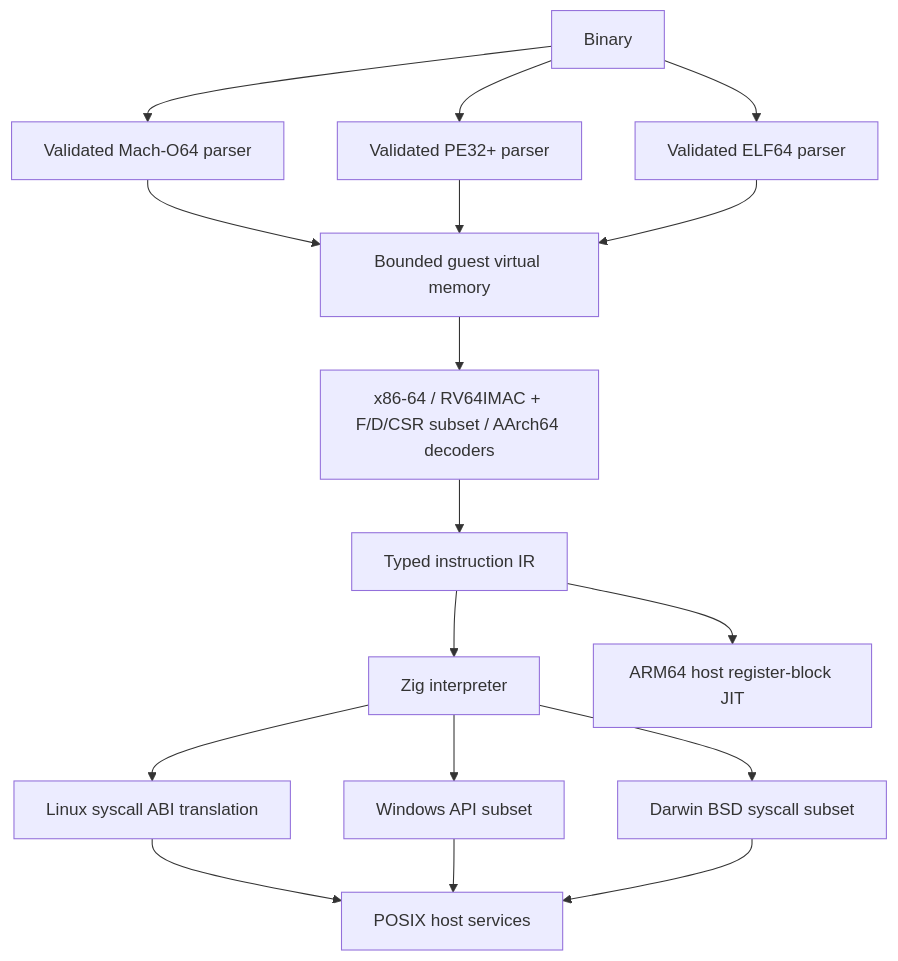
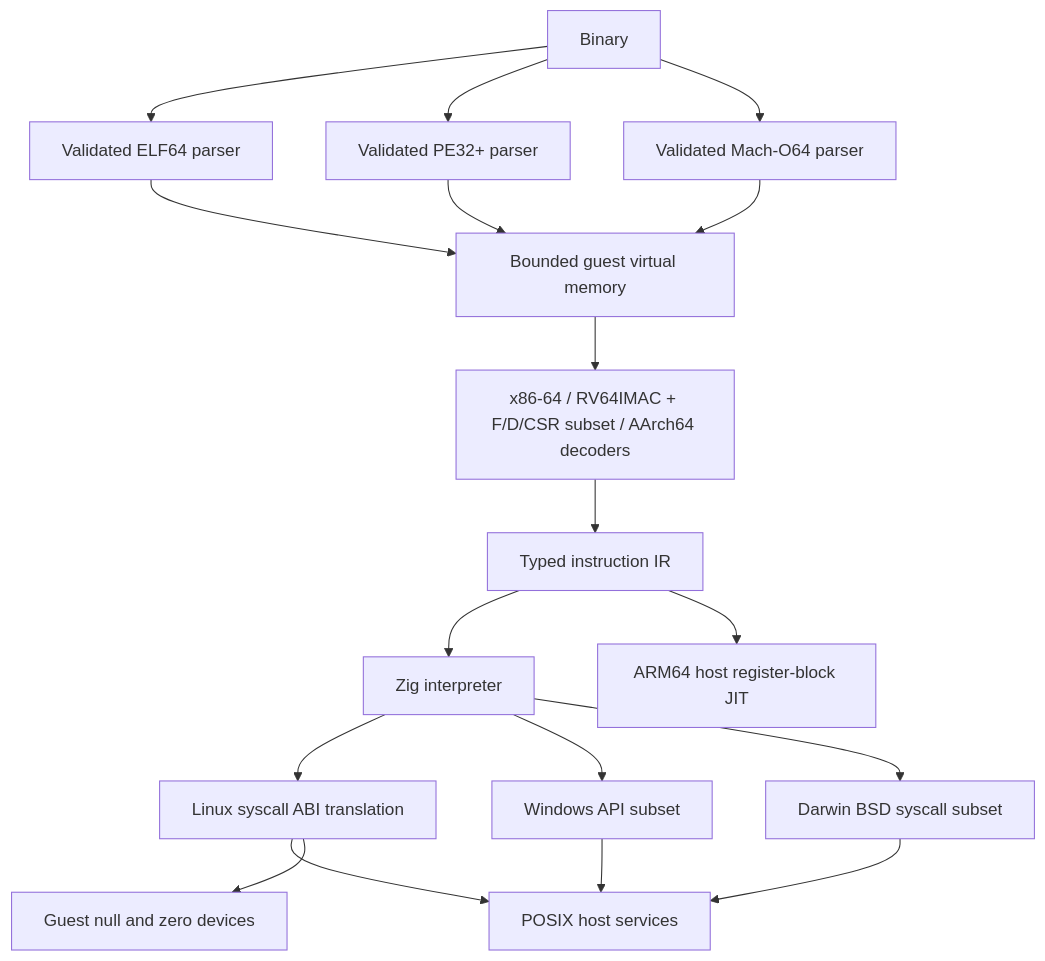
The diagram in docs/architecture.md (OthmaneBlial/universe), drawn with Mermaid before and after one commit. The commit also changed other lines of this file and 9 other files, not shown here.

````diff
--- a/docs/architecture.md
+++ b/docs/architecture.md
@@ -6,19 +6,20 @@
 ```mermaid
 flowchart TD
     Binary --> ELF[Validated ELF64 parser]
     Binary --> PE[Validated PE32+ parser]
     Binary --> MachO[Validated Mach-O64 parser]
     MachO --> Memory
     PE --> Memory
     ELF --> Memory[Bounded guest virtual memory]
     Memory --> Decode[x86-64 / RV64IMAC + F/D/CSR subset / AArch64 decoders]
     Decode --> UIR[Typed instruction IR]
     UIR --> Interpreter[Zig interpreter]
     UIR --> JIT[ARM64 host register-block JIT]
     Interpreter --> Linux[Linux syscall ABI translation]
     Linux --> Host[POSIX host services]
+    Linux --> Devices[Guest null and zero devices]
     Interpreter --> Windows[Windows API subset]
     Windows --> Host
     Interpreter --> Darwin[Darwin BSD syscall subset]
     Darwin --> Host
 ```
````
